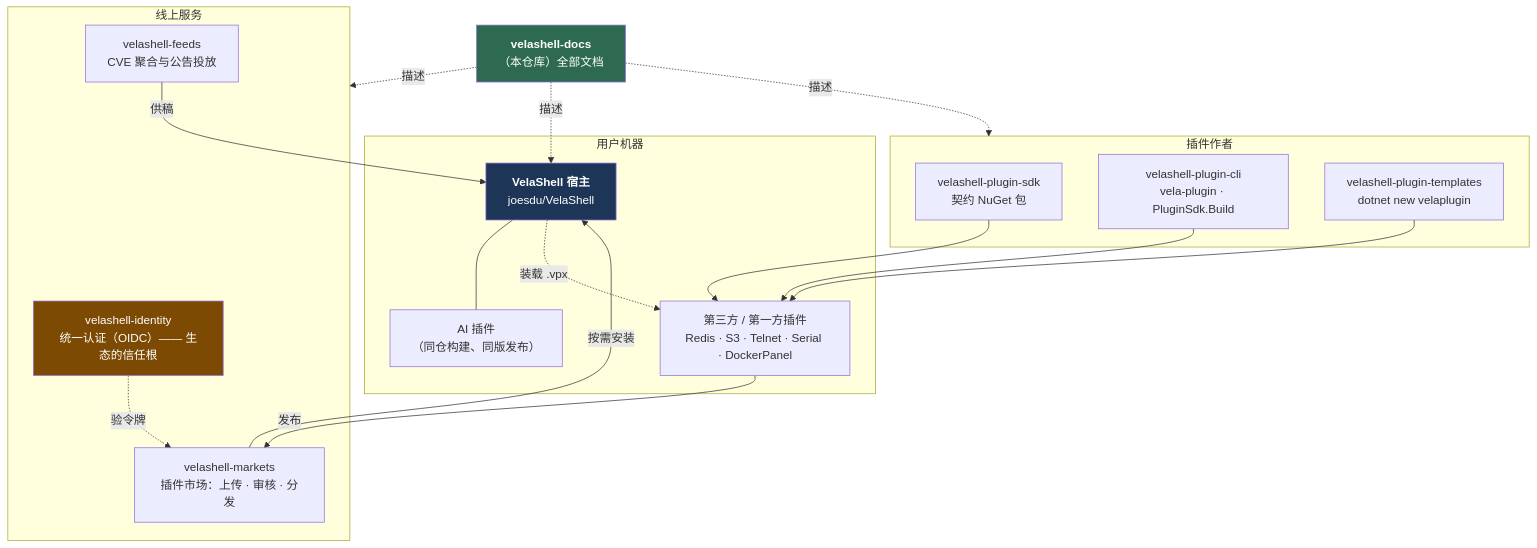
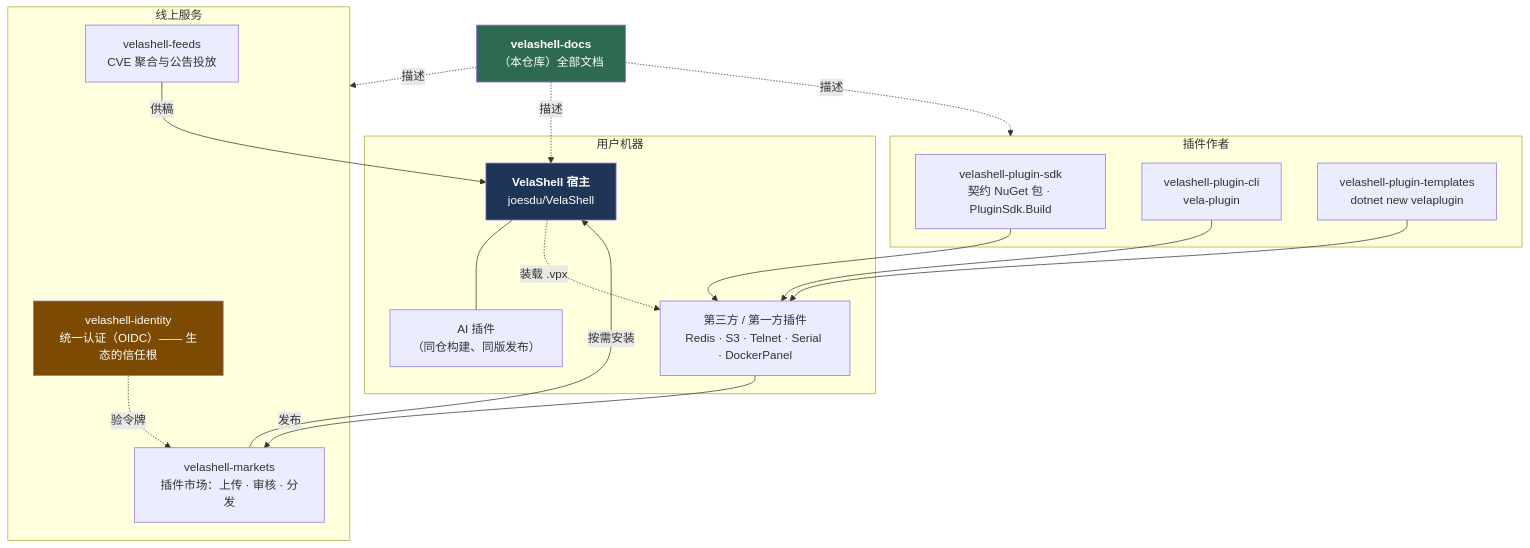
Before and after one commit to Cyaim/velashell-docs: the diagram in README.md, drawn with Mermaid. The commit also changed other lines of this file and 12 other files, not shown here.

````diff
--- a/README.md
+++ b/README.md
@@ -46,41 +46,41 @@
 ```mermaid
 flowchart TB
     subgraph Client["用户机器"]
         VS["<b>VelaShell 宿主</b><br/>joesdu/VelaShell"]
         AI["AI 插件<br/>（同仓构建、同版发布）"]
         P3["第三方 / 第一方插件<br/>Redis · S3 · Telnet · Serial · DockerPanel"]
         VS --- AI
         %% 点线边的文字一律走 |…| 标签:写成 -.装载 .vpx.- 会让 GitHub 的 mermaid 报
         %% Lexical error —— 无箭头的 .- 收尾本就不接文字,文字里再带个「.」更没得救。
         VS -.->|装载 .vpx| P3
     end
 
     subgraph Author["插件作者"]
-        SDK["velashell-plugin-sdk<br/>契约 NuGet 包"]
-        CLI["velashell-plugin-cli<br/>vela-plugin · PluginSdk.Build"]
+        SDK["velashell-plugin-sdk<br/>契约 NuGet 包 · PluginSdk.Build"]
+        CLI["velashell-plugin-cli<br/>vela-plugin"]
         TPL["velashell-plugin-templates<br/>dotnet new velaplugin"]
     end
 
     subgraph Services["线上服务"]
         MKT["velashell-markets<br/>插件市场：上传 · 审核 · 分发"]
         IDN["velashell-identity<br/>统一认证（OIDC）—— 生态的信任根"]
         FEED["velashell-feeds<br/>CVE 聚合与公告投放"]
     end
 
     DOCS["<b>velashell-docs</b><br/>（本仓库）全部文档"]
 
     SDK --> P3
     CLI --> P3
     TPL --> P3
     P3 -->|发布| MKT
     MKT -->|按需安装| VS
     IDN -.验令牌.-> MKT
     FEED -->|供稿| VS
     DOCS -.描述.-> VS
     DOCS -.描述.-> Author
     DOCS -.描述.-> Services
 
     style VS fill:#1d3557,color:#fff
     style DOCS fill:#2d6a4f,color:#fff
     style IDN fill:#7c4a03,color:#fff
 ```
````
